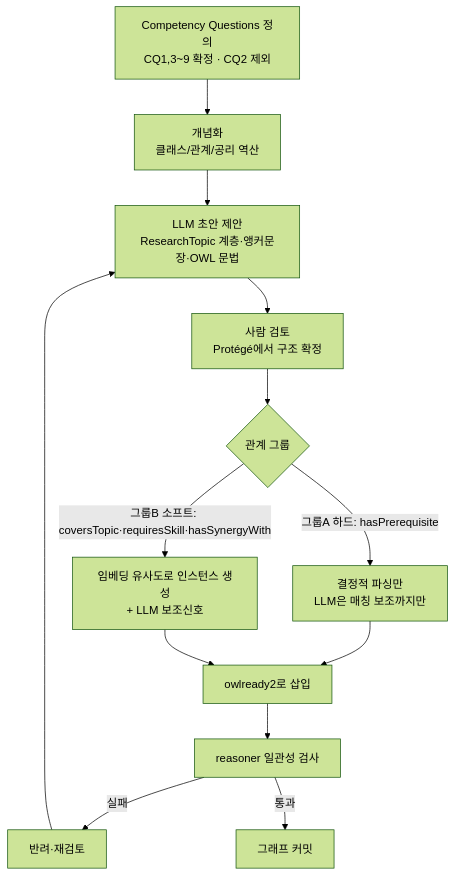
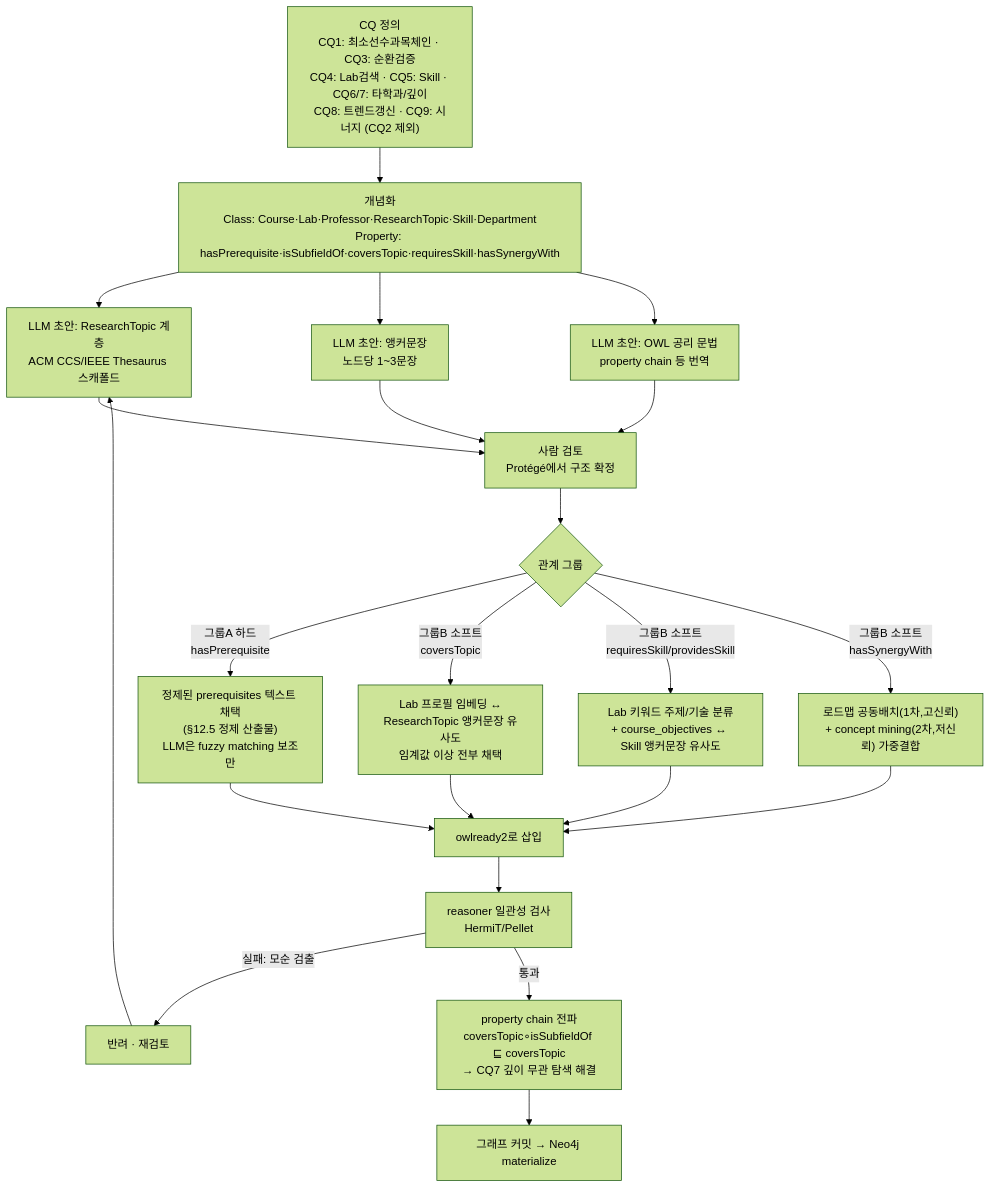
Before and after one commit to sternjeong/UGRP_2026: the third of 5 diagrams in PROJECT_DESIGN.md, drawn with Mermaid (forest theme). The commit also changed other lines of this file and 1 other file, not shown here.

Commit message:
Expand axis-D and axis-E flow diagrams with per-relation detail
§12.3: unpacks the single "LLM draft" and "group B" boxes into their
actual sub-tasks (topic hierarchy / anchor sentences / OWL syntax
drafts; and the three different instance-population mechanisms for
coversTopic, requiresSkill/providesSkill, and hasSynergyWith), and
adds the property-chain propagation step that resolves CQ7.

§12.4: unpacks axis E into its actual GraphRAG steps (subgraph
extraction, prompt construction, generation) and shows the benchmark
branch running the same query against Gemini API for LLM-judge
comparison.

````diff
--- a/PROJECT_DESIGN.md
+++ b/PROJECT_DESIGN.md
@@ -396,15 +396,28 @@
 ```mermaid
 flowchart TD
-    D1[Competency Questions 정의<br/>CQ1,3~9 확정 · CQ2 제외] --> D2[개념화<br/>클래스/관계/공리 역산]
-    D2 --> D3[LLM 초안 제안<br/>ResearchTopic 계층·앵커문장·OWL 문법]
-    D3 --> D4[사람 검토<br/>Protégé에서 구조 확정]
+    D1["CQ 정의<br/>CQ1: 최소선수과목체인 · CQ3: 순환검증<br/>CQ4: Lab검색 · CQ5: Skill · CQ6/7: 타학과/깊이<br/>CQ8: 트렌드갱신 · CQ9: 시너지 (CQ2 제외)"]
+    D1 --> D2["개념화<br/>Class: Course·Lab·Professor·ResearchTopic·Skill·Department<br/>Property: hasPrerequisite·isSubfieldOf·coversTopic·requiresSkill·hasSynergyWith"]
+
+    D2 --> D3a[LLM 초안: ResearchTopic 계층<br/>ACM CCS/IEEE Thesaurus 스캐폴드]
+    D2 --> D3b[LLM 초안: 앵커문장<br/>노드당 1~3문장]
+    D2 --> D3c[LLM 초안: OWL 공리 문법<br/>property chain 등 번역]
+    D3a --> D4[사람 검토<br/>Protégé에서 구조 확정]
+    D3b --> D4
+    D3c --> D4
+
     D4 --> D5{관계 그룹}
-    D5 -->|그룹A 하드: hasPrerequisite| D6[결정적 파싱만<br/>LLM은 매칭 보조까지만]
-    D5 -->|그룹B 소프트: coversTopic·requiresSkill·hasSynergyWith| D7[임베딩 유사도로 인스턴스 생성<br/>+ LLM 보조신호]
+    D5 -->|"그룹A 하드<br/>hasPrerequisite"| D6["정제된 prerequisites 텍스트 채택<br/>(§12.5 정제 산출물)<br/>LLM은 fuzzy matching 보조만"]
+    D5 -->|"그룹B 소프트<br/>coversTopic"| D7a["Lab 프로필 임베딩 ↔<br/>ResearchTopic 앵커문장 유사도<br/>임계값 이상 전부 채택"]
+    D5 -->|"그룹B 소프트<br/>requiresSkill/providesSkill"| D7b["Lab 키워드 주제/기술 분류<br/>+ course_objectives ↔ Skill 앵커문장 유사도"]
+    D5 -->|"그룹B 소프트<br/>hasSynergyWith"| D7c["로드맵 공동배치(1차,고신뢰)<br/>+ concept mining(2차,저신뢰) 가중결합"]
+
     D6 --> D8[owlready2로 삽입]
-    D7 --> D8
-    D8 --> D9[reasoner 일관성 검사]
-    D9 -->|실패| D10[반려·재검토]
-    D9 -->|통과| D11[그래프 커밋]
-    D10 --> D3
+    D7a --> D8
+    D7b --> D8
+    D7c --> D8
+    D8 --> D9["reasoner 일관성 검사<br/>HermiT/Pellet"]
+    D9 -->|실패: 모순 검출| D10[반려 · 재검토]
+    D9 -->|통과| D11["property chain 전파<br/>coversTopic∘isSubfieldOf ⊑ coversTopic<br/>→ CQ7 깊이 무관 탐색 해결"]
+    D10 --> D3a
+    D11 --> D12[그래프 커밋 → Neo4j materialize]
 ```
````
